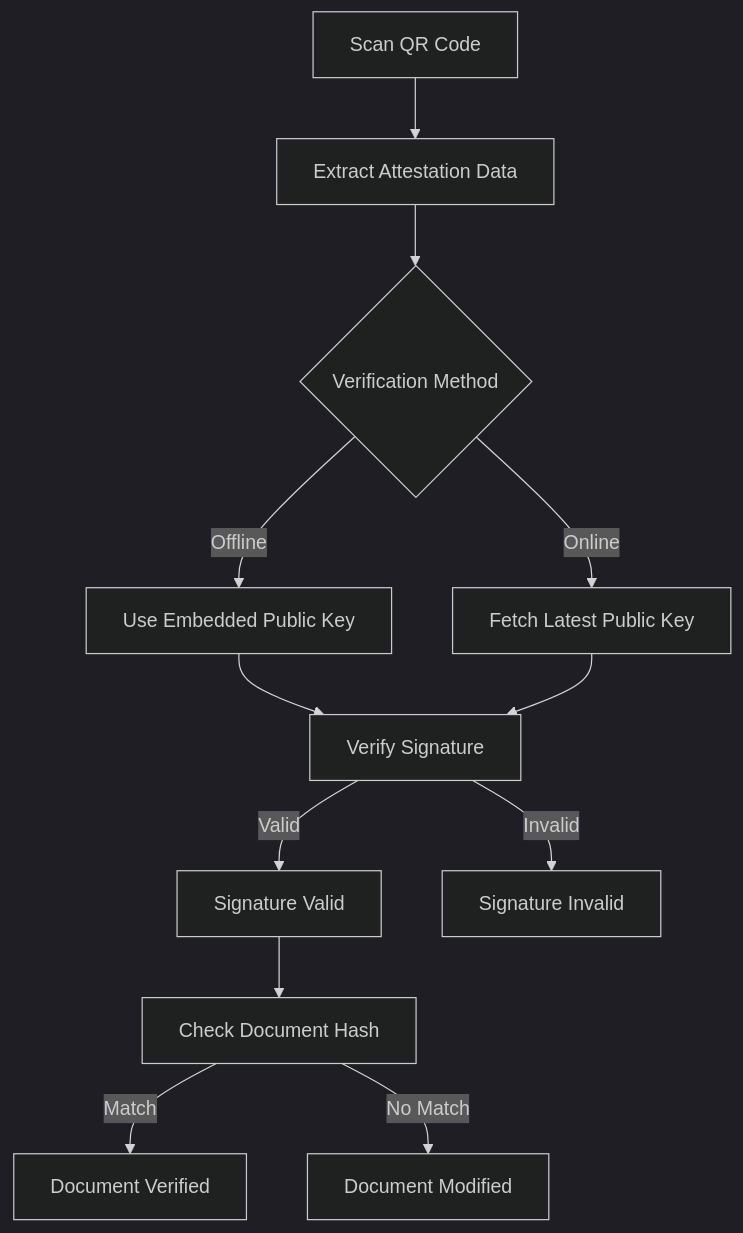
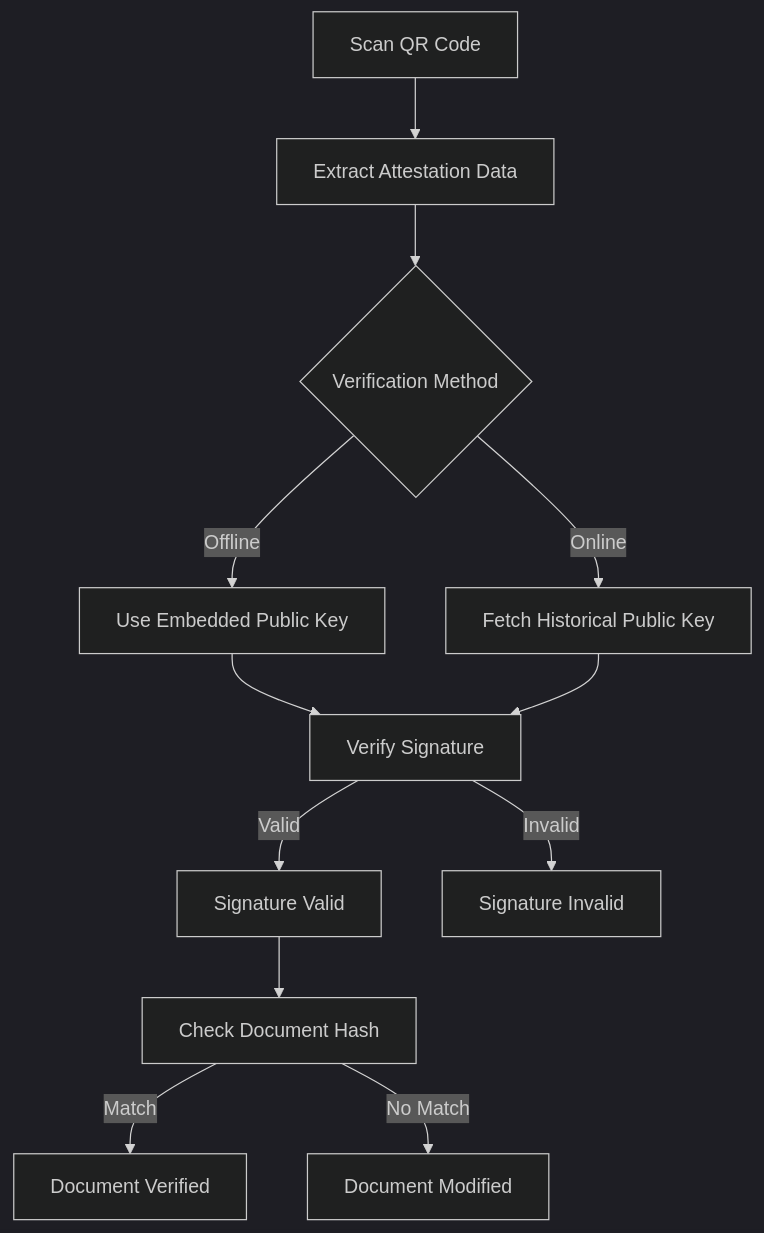
Before and after one commit to seal-codes/webapp: the third of 7 diagrams in ARCHITECTURE.md, drawn with Mermaid (dark theme). The commit also changed other lines of this file, not shown here.

Commit message:
Correct public key verification to use historical keys valid at signing time

````diff
--- a/ARCHITECTURE.md
+++ b/ARCHITECTURE.md
@@ -136,17 +140,17 @@
 ```mermaid
 flowchart TD
     A[Scan QR Code] --> B[Extract Attestation Data]
     B --> C{Verification Method}
     C -->|Offline| D[Use Embedded Public Key]
-    C -->|Online| E[Fetch Latest Public Key]
+    C -->|Online| E[Fetch Historical Public Key]
     
     D --> F[Verify Signature]
     E --> F
     
     F -->|Valid| G[Signature Valid]
     F -->|Invalid| H[Signature Invalid]
     
     G --> I[Check Document Hash]
     I -->|Match| J[Document Verified]
     I -->|No Match| K[Document Modified]
 ```
````
